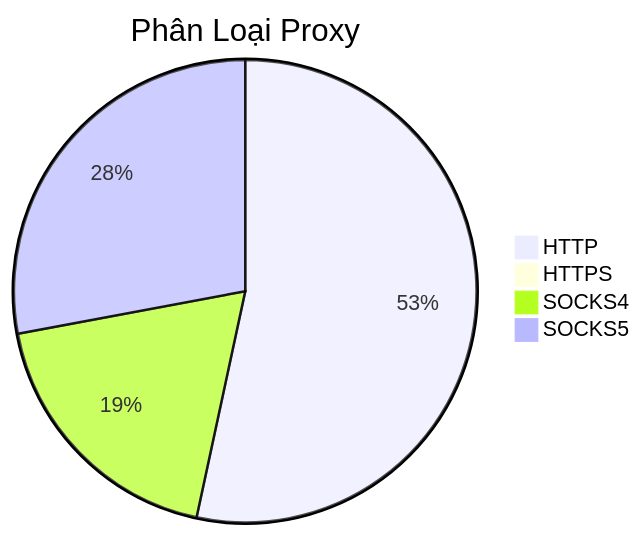
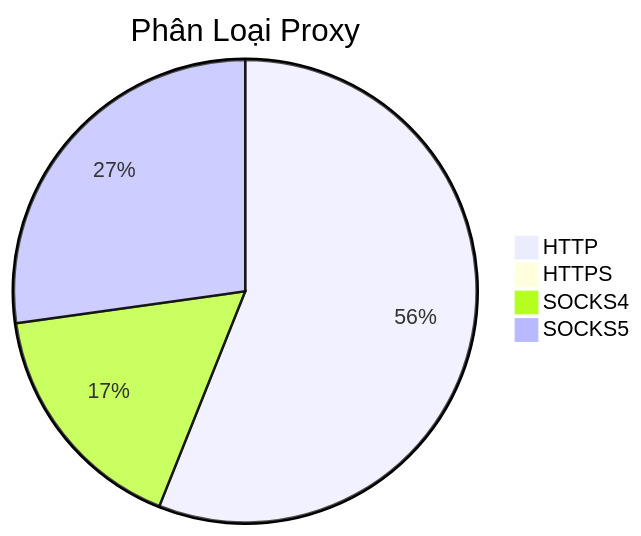
Before and after one commit to Ciara-12/PROXY-free: the diagram in README.md, drawn with Mermaid. The commit also changed other lines of this file and 3 other files, not shown here.

````diff
--- a/README.md
+++ b/README.md
@@ -26,7 +26,7 @@
 ```mermaid
 pie title Phân Loại Proxy
-    "HTTP" : 680
+    "HTTP" : 690
     "HTTPS" : 4
-    "SOCKS4" : 238
-    "SOCKS5" : 356
+    "SOCKS4" : 206
+    "SOCKS5" : 335
 ```
````
